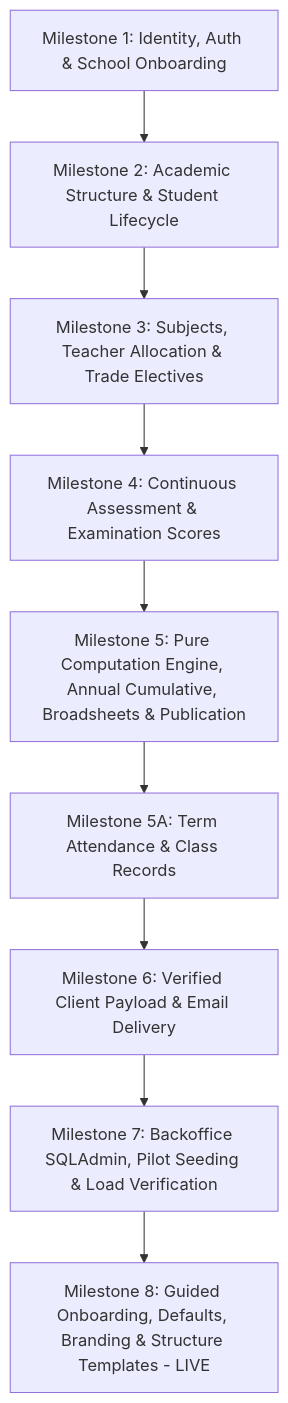
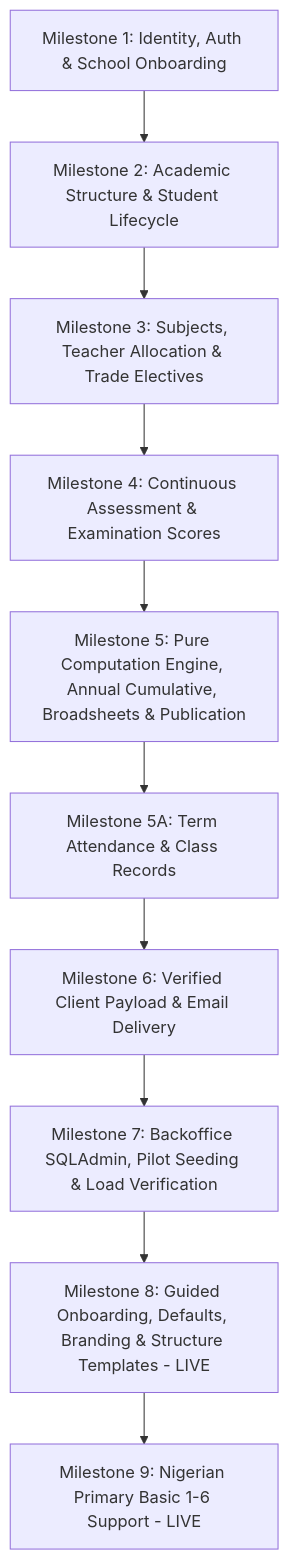
The diagram in BACKEND_DEV_PLAN.md (Dev-Eyitayo/Student-Portal), drawn with Mermaid before and after one commit. The commit also changed other lines of this file and 18 other files, not shown here.

Commit message:
feat: add M9 Nigerian primary school (Basic 1-6) support

````diff
--- a/BACKEND_DEV_PLAN.md
+++ b/BACKEND_DEV_PLAN.md
@@ -40,11 +41,12 @@
 ```mermaid
 graph TD
     M1[Milestone 1: Identity, Auth & School Onboarding] --> M2[Milestone 2: Academic Structure & Student Lifecycle]
     M2 --> M3[Milestone 3: Subjects, Teacher Allocation & Trade Electives]
     M3 --> M4[Milestone 4: Continuous Assessment & Examination Scores]
     M4 --> M5[Milestone 5: Pure Computation Engine, Annual Cumulative, Broadsheets & Publication]
     M5 --> M5A[Milestone 5A: Term Attendance & Class Records]
     M5A --> M6[Milestone 6: Verified Client Payload & Email Delivery]
     M6 --> M7[Milestone 7: Backoffice SQLAdmin, Pilot Seeding & Load Verification]
     M7 --> M8[Milestone 8: Guided Onboarding, Defaults, Branding & Structure Templates - LIVE]
+    M8 --> M9[Milestone 9: Nigerian Primary Basic 1-6 Support - LIVE]
 ```
````
